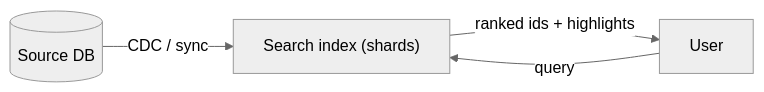
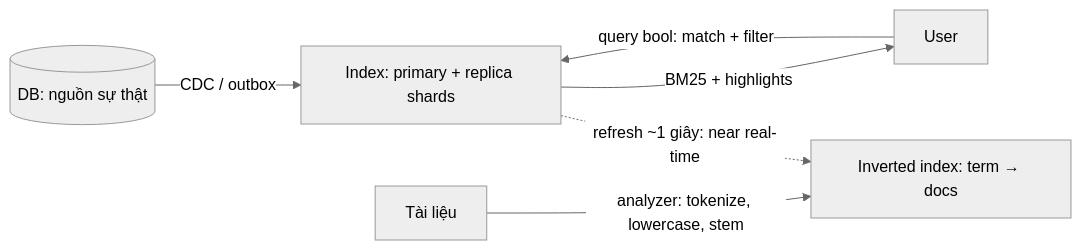
One commit to passion-Infinity/personal-tech-playbook changed the diagram in src/assets/knowledge/playbooks/backend/search-elasticsearch.md. Above: the diagram before and after it, drawn with Mermaid (neutral theme). The commit also changed other lines of this file and 4 other files, not shown here.

````diff
--- a/src/assets/knowledge/playbooks/backend/search-elasticsearch.md
+++ b/src/assets/knowledge/playbooks/backend/search-elasticsearch.md
@@ -18,6 +40,8 @@
 ```mermaid
 flowchart LR
-    DB[("Source DB")] -->|"CDC / sync"| ES["Search index (shards)"]
-    U[User] -->|query| ES
-    ES -->|"ranked ids + highlights"| U
+    DB[("DB: nguồn sự thật")] -->|"CDC / outbox"| IDX["Index: primary + replica shards"]
+    DOC["Tài liệu"] -->|"analyzer: tokenize, lowercase, stem"| INV["Inverted index: term → docs"]
+    U[User] -->|"query bool: match + filter"| IDX
+    IDX -->|"BM25 + highlights"| U
+    IDX -.->|"refresh ~1 giây: near real-time"| INV
 ```
````
